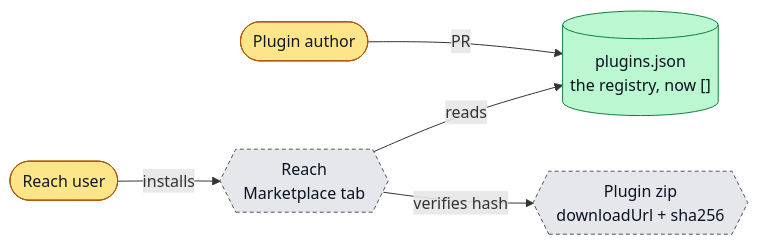
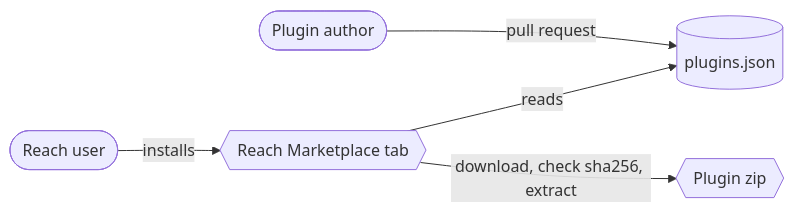
One commit to thefiredev-cloud/reach-plugins-registry changed the diagram in README.md. Above: the diagram before and after it, drawn with Mermaid. The commit also changed other lines of this file and 1 other file, not shown here.

````diff
--- a/README.md
+++ b/README.md
@@ -129,15 +11,7 @@
 ```mermaid
 flowchart LR
-  author(["Plugin author"]):::actor
-  index[("plugins.json<br/>the registry, now []")]:::store
-  reach{{"Reach<br/>Marketplace tab"}}:::ext
-  zip{{"Plugin zip<br/>downloadUrl + sha256"}}:::ext
-  user(["Reach user"]):::actor
-  author -->|"PR"| index
-  reach -->|"reads"| index
-  user -->|"installs"| reach
-  reach -->|"verifies hash"| zip
-  classDef actor fill:#fde68a,stroke:#b45309,color:#111827
-  classDef ext fill:#e5e7eb,stroke:#4b5563,color:#0b1220,stroke-dasharray:4 3
-  classDef store fill:#bbf7d0,stroke:#15803d,color:#0b1220
+  author([Plugin author]) -->|pull request| index[(plugins.json)]
+  reach{{Reach Marketplace tab}} -->|reads| index
+  user([Reach user]) -->|installs| reach
+  reach -->|download, check sha256, extract| zip{{Plugin zip}}
 ```
````
